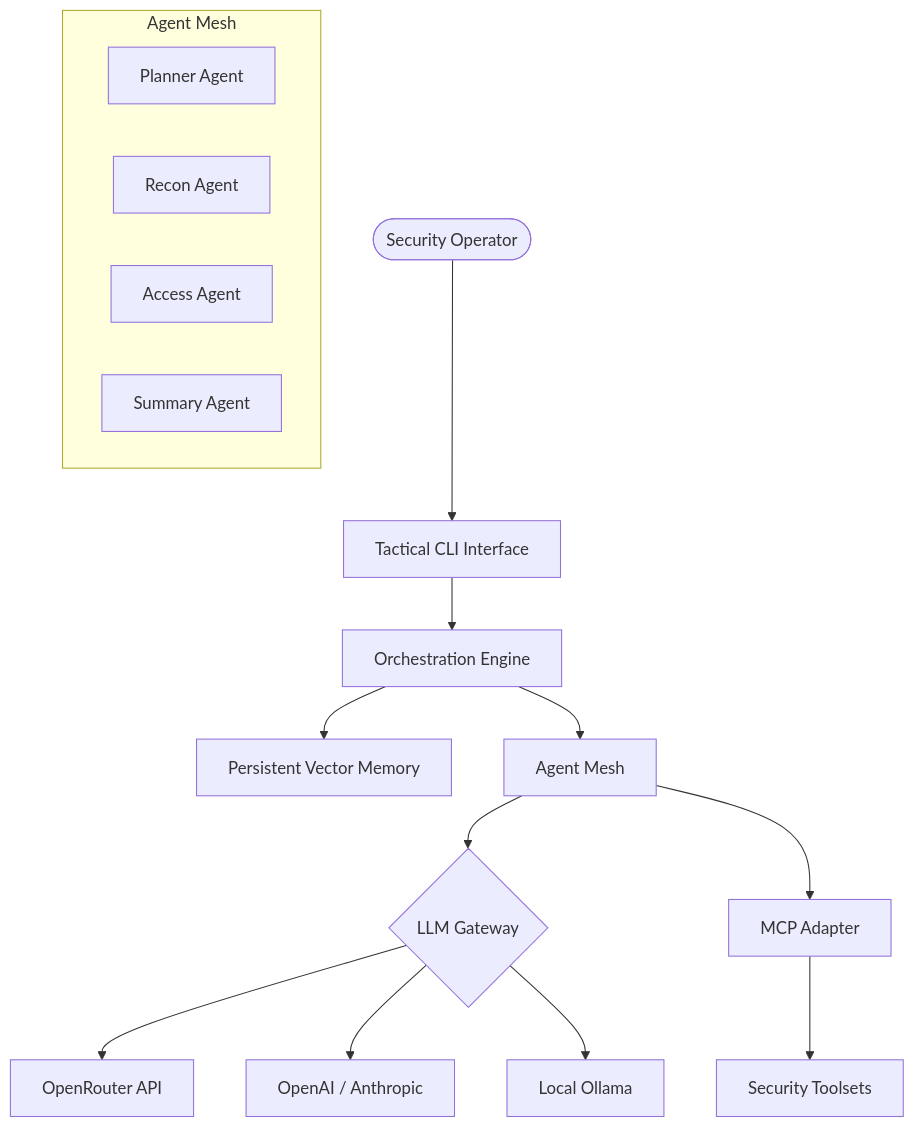
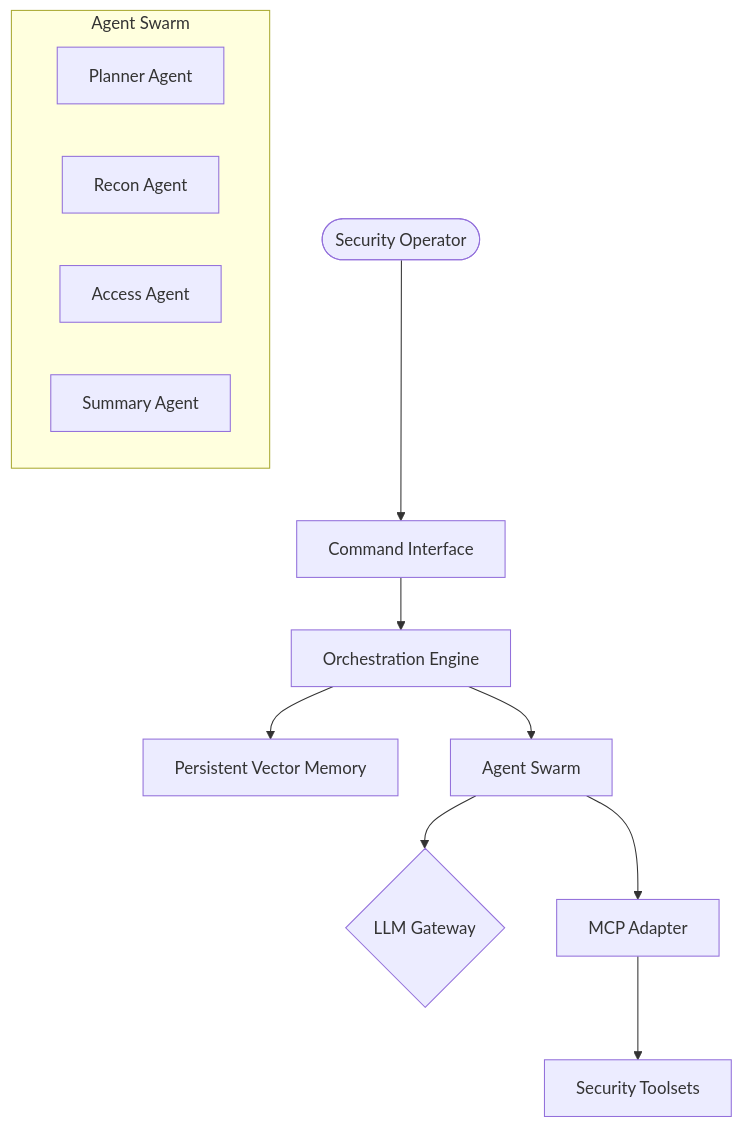
Before and after one commit to chauhand2463/Decepticon_AgentX: the diagram in README.md, drawn with Mermaid. The commit also changed other lines of this file and 3 other files, not shown here.

````diff
--- a/README.md
+++ b/README.md
@@ -93,22 +58,18 @@
 ```mermaid
 graph TD
-    User([Security Operator]) --> CLI[Tactical CLI Interface]
-    CLI --> Core[Orchestration Engine]
+    User([Security Operator]) --> UI[Command Interface]
+    UI --> Core[Orchestration Engine]
     Core --> Memory[Persistent Vector Memory]
-    Core --> Mesh[Agent Mesh]
+    Core --> Mesh[Agent Swarm]
     
-    subgraph "Agent Mesh"
+    subgraph "Agent Swarm"
         PA[Planner Agent]
         RA[Recon Agent]
         IA[Access Agent]
         SA[Summary Agent]
     end
     
     Mesh --> LLM{LLM Gateway}
-    LLM --> OR[OpenRouter API]
-    LLM --> AZ[OpenAI / Anthropic]
-    LLM --> OL[Local Ollama]
-    
     Mesh --> MCP[MCP Adapter]
     MCP --> Tools[Security Toolsets]
 ```
````
